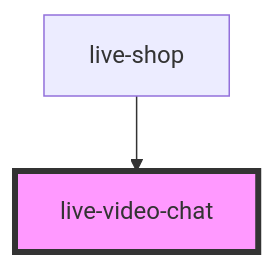
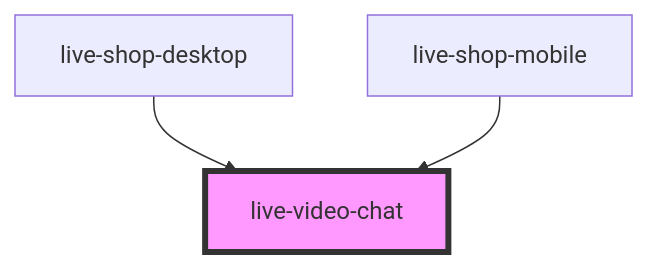
The diagram in src/components/ui/live-video-chat/readme.md (commerce-suite/storefront-components), drawn with Mermaid before and after one commit. The commit also changed other lines of this file and 14 other files, not shown here.

Commit message:
refactor: criação de componentes separados para visualização mobile/desktop

````diff
--- a/src/components/ui/live-video-chat/readme.md
+++ b/src/components/ui/live-video-chat/readme.md
@@ -29,5 +30,6 @@
 ```mermaid
 graph TD;
-  live-shop --> live-video-chat
+  live-shop-desktop --> live-video-chat
+  live-shop-mobile --> live-video-chat
   style live-video-chat fill:#f9f,stroke:#333,stroke-width:4px
 ```
````
